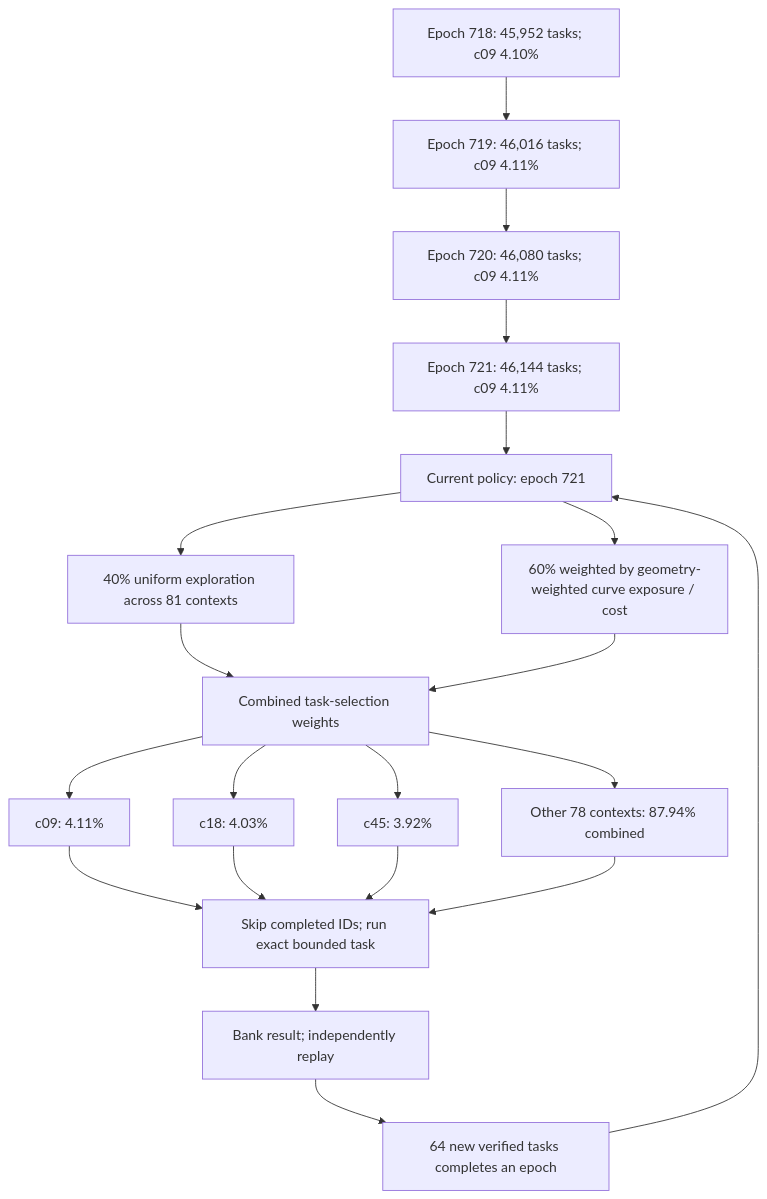
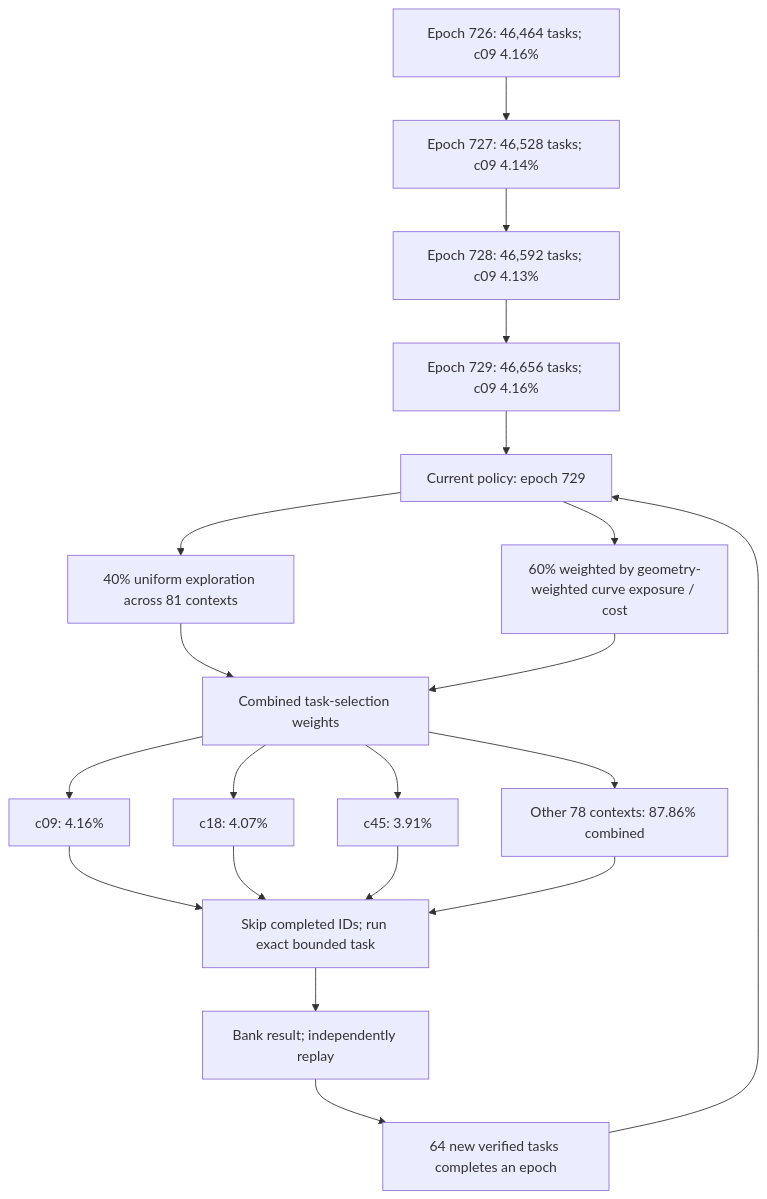
The first of 3 diagrams in README.md (Kuberwastaken/math-gambling), drawn with Mermaid before and after one commit. The commit also changed other lines of this file and 1144 other files, not shown here.

````diff
--- a/README.md
+++ b/README.md
@@ -55,27 +55,27 @@
 ```mermaid
 flowchart TD
-    H0["Epoch 718: 45,952 tasks; c09 4.10%"]
-    H1["Epoch 719: 46,016 tasks; c09 4.11%"]
+    H0["Epoch 726: 46,464 tasks; c09 4.16%"]
+    H1["Epoch 727: 46,528 tasks; c09 4.14%"]
     H0 --> H1
-    H2["Epoch 720: 46,080 tasks; c09 4.11%"]
+    H2["Epoch 728: 46,592 tasks; c09 4.13%"]
     H1 --> H2
-    H3["Epoch 721: 46,144 tasks; c09 4.11%"]
+    H3["Epoch 729: 46,656 tasks; c09 4.16%"]
     H2 --> H3
-    Policy["Current policy: epoch 721"]
+    Policy["Current policy: epoch 729"]
     H3 --> Policy
     Policy --> Explore["40% uniform exploration across 81 contexts"]
     Policy --> Cost["60% weighted by geometry-weighted curve exposure / cost"]
     Explore --> Mix["Combined task-selection weights"]
     Cost --> Mix
-    Mix --> C0["c09: 4.11%"]
-    Mix --> C1["c18: 4.03%"]
-    Mix --> C2["c45: 3.92%"]
-    Mix --> Rest["Other 78 contexts: 87.94% combined"]
+    Mix --> C0["c09: 4.16%"]
+    Mix --> C1["c18: 4.07%"]
+    Mix --> C2["c45: 3.91%"]
+    Mix --> Rest["Other 78 contexts: 87.86% combined"]
     C0 --> Check["Skip completed IDs; run exact bounded task"]
     C1 --> Check
     C2 --> Check
     Rest --> Check
     Check --> Replay["Bank result; independently replay"]
     Replay --> Gate["64 new verified tasks completes an epoch"]
     Gate --> Policy
 ```
````
